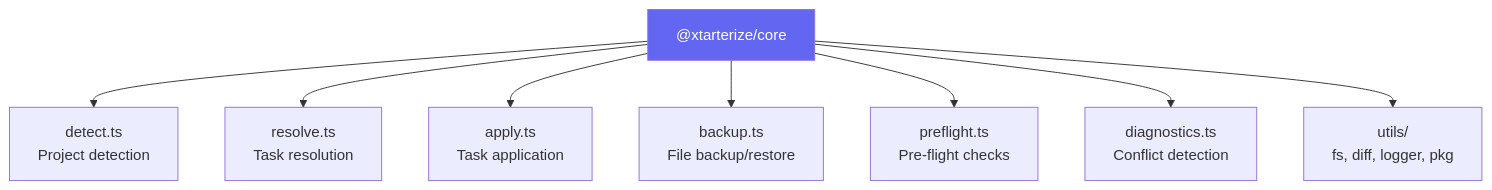
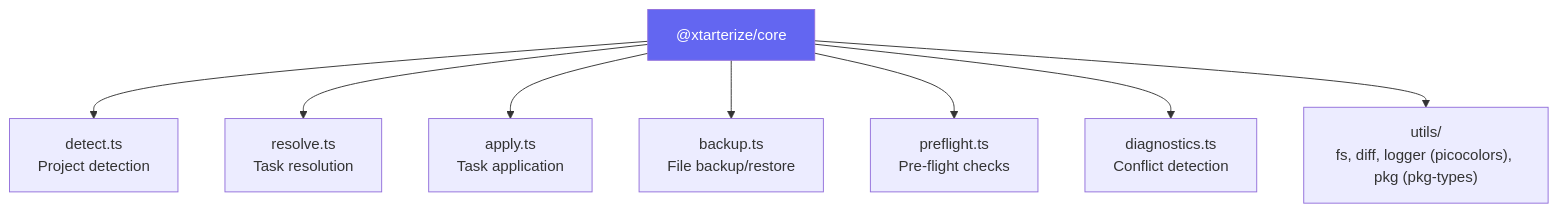
The third of 4 diagrams in apps/docs/src/content/docs/contributing/architecture/overview.mdx (agustinusnathaniel/xtarterize), drawn with Mermaid before and after one commit. The commit also changed other lines of this file and 5 other files, not shown here.

````diff
--- a/apps/docs/src/content/docs/contributing/architecture/overview.mdx
+++ b/apps/docs/src/content/docs/contributing/architecture/overview.mdx
@@ -88,12 +90,12 @@
 ```mermaid
 flowchart TD
     Core["@xtarterize/core"] --> Detect["detect.ts<br/>Project detection"]
     Core --> Resolve["resolve.ts<br/>Task resolution"]
     Core --> Apply["apply.ts<br/>Task application"]
     Core --> Backup["backup.ts<br/>File backup/restore"]
     Core --> Preflight["preflight.ts<br/>Pre-flight checks"]
     Core --> Diagnostics["diagnostics.ts<br/>Conflict detection"]
-    Core --> Utils["utils/<br/>fs, diff, logger, pkg"]
+    Core --> Utils["utils/<br/>fs, diff, logger (picocolors), pkg (pkg-types)"]
     
     style Core fill:#6366f1,color:#fff
 ```
````
